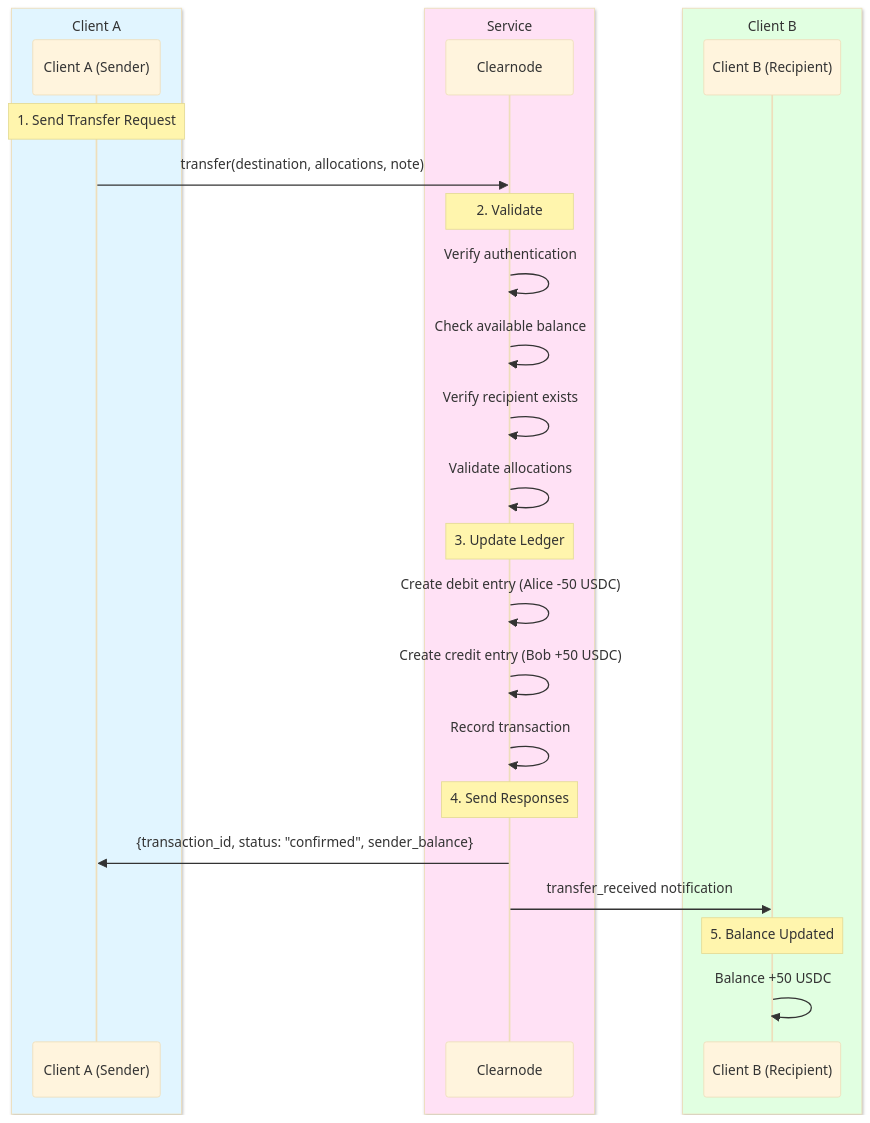
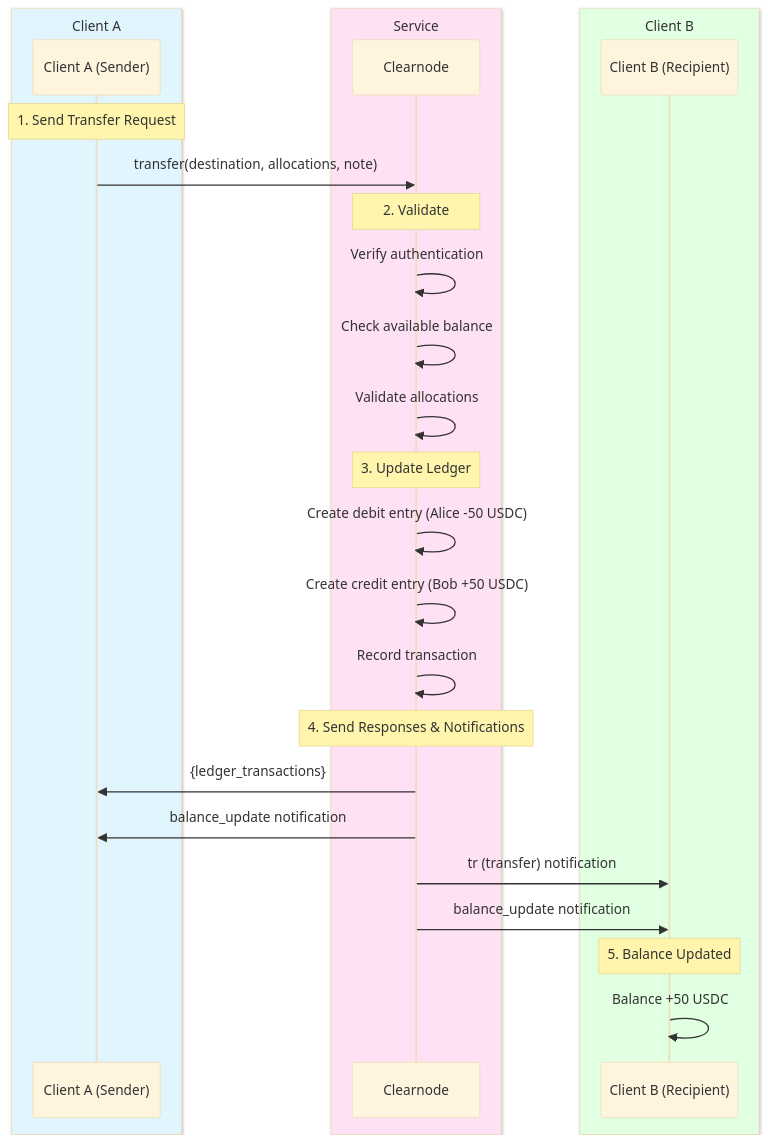
The diagram in docs/protocol/off-chain/transfers.mdx (layer-3/docs), drawn with Mermaid (base theme) before and after one commit. The commit also changed other lines of this file, not shown here.

````diff
--- a/docs/protocol/off-chain/transfers.mdx
+++ b/docs/protocol/off-chain/transfers.mdx
@@ -84,34 +126,35 @@
 ```mermaid
 sequenceDiagram
     box rgb(225,245,255) Client A
         participant Alice as Client A (Sender)
     end
     box rgb(255,225,245) Service
         participant Clearnode
     end
     box rgb(225,255,225) Client B
         participant Bob as Client B (Recipient)
     end
 
     Note over Alice: 1. Send Transfer Request
     Alice->>Clearnode: transfer(destination, allocations, note)
 
     Note over Clearnode: 2. Validate
     Clearnode->>Clearnode: Verify authentication
     Clearnode->>Clearnode: Check available balance
-    Clearnode->>Clearnode: Verify recipient exists
     Clearnode->>Clearnode: Validate allocations
 
     Note over Clearnode: 3. Update Ledger
     Clearnode->>Clearnode: Create debit entry (Alice -50 USDC)
     Clearnode->>Clearnode: Create credit entry (Bob +50 USDC)
     Clearnode->>Clearnode: Record transaction
 
-    Note over Clearnode: 4. Send Responses
-    Clearnode->>Alice: {transaction_id, status: "confirmed", sender_balance}
-    Clearnode->>Bob: transfer_received notification
+    Note over Clearnode: 4. Send Responses & Notifications
+    Clearnode->>Alice: {ledger_transactions}
+    Clearnode->>Alice: balance_update notification
+    Clearnode->>Bob: tr (transfer) notification
+    Clearnode->>Bob: balance_update notification
 
     Note over Bob: 5. Balance Updated
     Bob->>Bob: Balance +50 USDC
 
 ```
````
